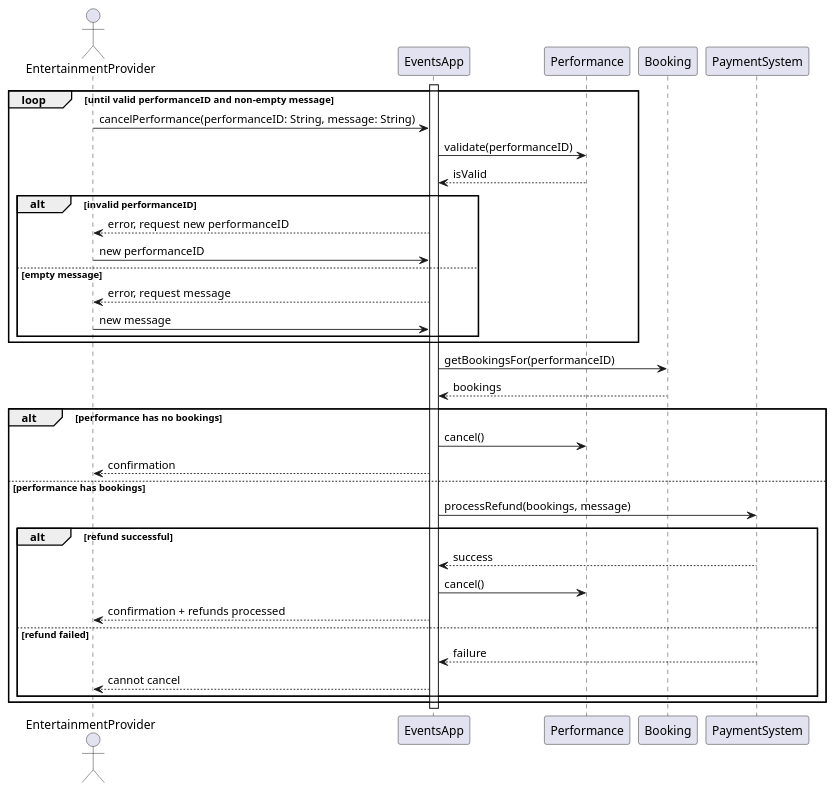
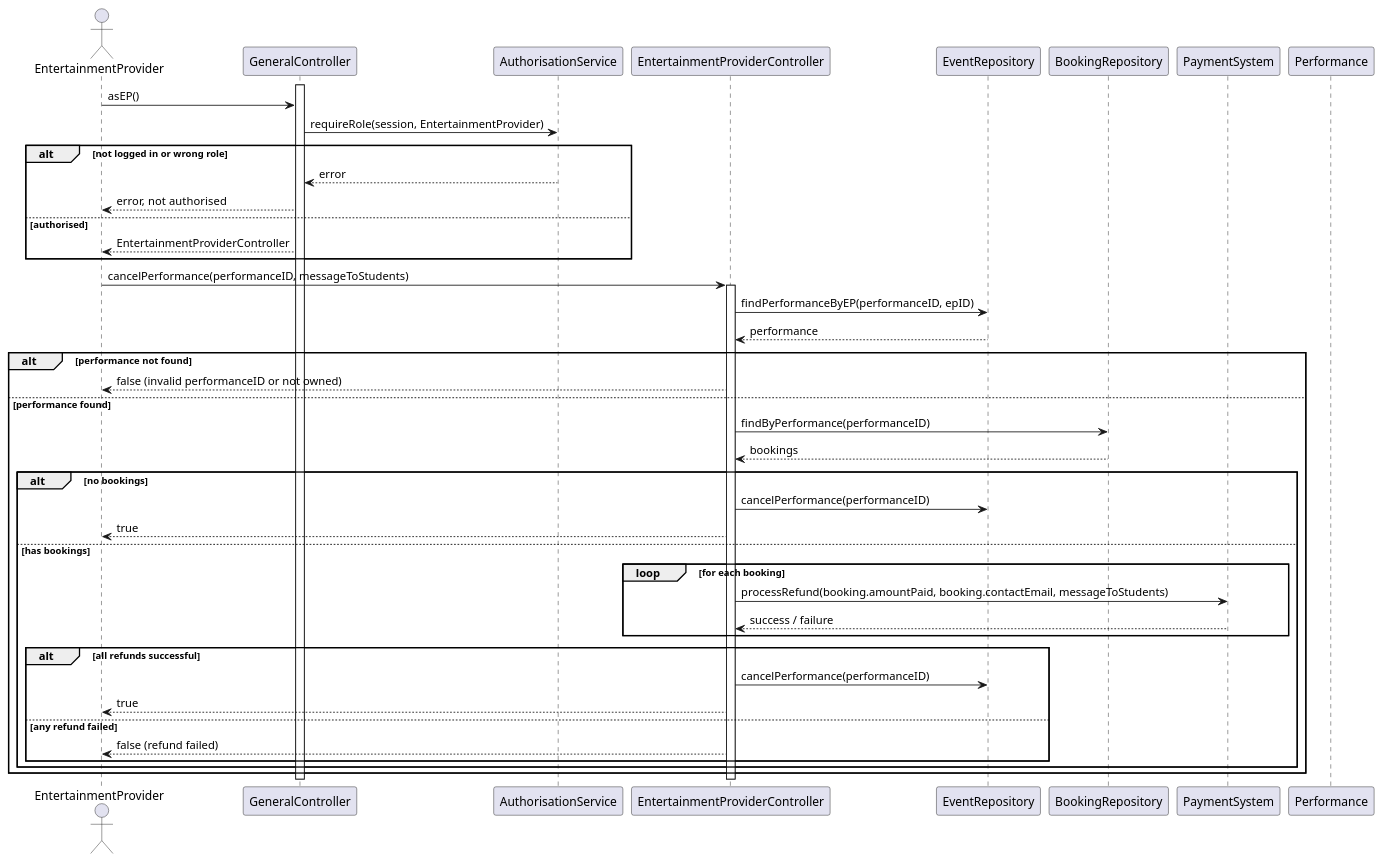
The diagram in CW2/Task4_cancel_performance.puml (Kingjinsight/CourseWork), drawn with PlantUML before and after one commit. The commit also changed 1 other file, not shown here.

Commit message:
Update task2 bugs and task4 cancle performance sequence diagram to align with task2 (#33)

```diff
--- a/CW2/Task4_cancel_performance.puml
+++ b/CW2/Task4_cancel_performance.puml
@@ -1,46 +1,57 @@
 @startuml Cancel Performance
 
 actor EntertainmentProvider
-participant EventsApp
+participant GeneralController
+participant AuthorisationService
+participant EntertainmentProviderController
+participant EventRepository
+participant BookingRepository
+participant PaymentSystem
 participant Performance
-participant Booking
-participant PaymentSystem
 
-activate EventsApp
+activate GeneralController
 
-loop until valid performanceID and  non-empty message
-    EntertainmentProvider -> EventsApp: cancelPerformance(performanceID: String, message: String)
-    EventsApp -> Performance : validate(performanceID)
-    Performance --> EventsApp: isValid
+EntertainmentProvider -> GeneralController: asEP()
+GeneralController -> AuthorisationService: requireRole(session, EntertainmentProvider)
 
-    alt invalid performanceID
-        EventsApp --> EntertainmentProvider : error, request new performanceID
-        EntertainmentProvider -> EventsApp : new performanceID
-    else empty message
-        EventsApp --> EntertainmentProvider : error, request message
-        EntertainmentProvider -> EventsApp : new message
+alt not logged in or wrong role
+    AuthorisationService --> GeneralController: error
+    GeneralController --> EntertainmentProvider: error, not authorised
+else authorised
+    GeneralController --> EntertainmentProvider: EntertainmentProviderController
+end
+
+EntertainmentProvider -> EntertainmentProviderController: cancelPerformance(performanceID, messageToStudents)
+activate EntertainmentProviderController
+
+EntertainmentProviderController -> EventRepository: findPerformanceByEP(performanceID, epID)
+EventRepository --> EntertainmentProviderController: performance
+
+alt performance not found
+    EntertainmentProviderController --> EntertainmentProvider: false (invalid performanceID or not owned)
+else performance found
+    EntertainmentProviderController -> BookingRepository: findByPerformance(performanceID)
+    BookingRepository --> EntertainmentProviderController: bookings
+
+    alt no bookings
+        EntertainmentProviderController -> EventRepository: cancelPerformance(performanceID)
+        EntertainmentProviderController --> EntertainmentProvider: true
+    else has bookings
+        loop for each booking
+            EntertainmentProviderController -> PaymentSystem: processRefund(booking.amountPaid, booking.contactEmail, messageToStudents)
+            PaymentSystem --> EntertainmentProviderController: success / failure
+        end
+
+        alt all refunds successful
+            EntertainmentProviderController -> EventRepository: cancelPerformance(performanceID)
+            EntertainmentProviderController --> EntertainmentProvider: true
+        else any refund failed
+            EntertainmentProviderController --> EntertainmentProvider: false (refund failed)
+        end
     end
 end
 
-EventsApp -> Booking : getBookingsFor(performanceID)
-Booking --> EventsApp: bookings
-
-alt performance has no bookings
-    EventsApp -> Performance : cancel()
-    EventsApp --> EntertainmentProvider : confirmation
-
-else performance has bookings
-    EventsApp -> PaymentSystem : processRefund(bookings, message)
-    alt refund successful
-        PaymentSystem --> EventsApp : success
-        EventsApp -> Performance : cancel()
-        EventsApp --> EntertainmentProvider : confirmation + refunds processed
-    else refund failed
-        PaymentSystem --> EventsApp : failure
-        EventsApp --> EntertainmentProvider : cannot cancel
-    end
-end
-
-deactivate EventsApp
+deactivate EntertainmentProviderController
+deactivate GeneralController
 
 @enduml
```
